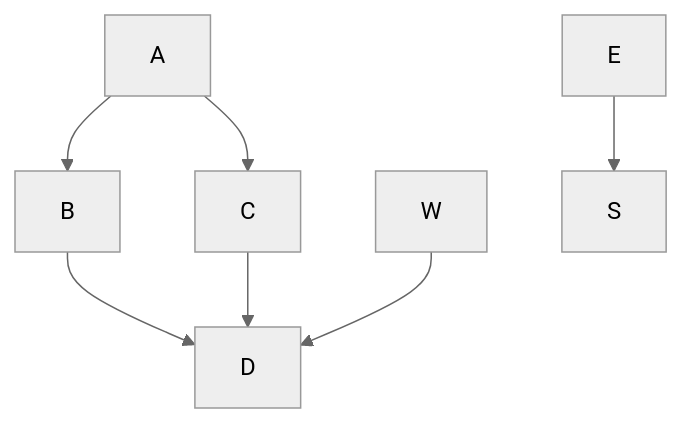
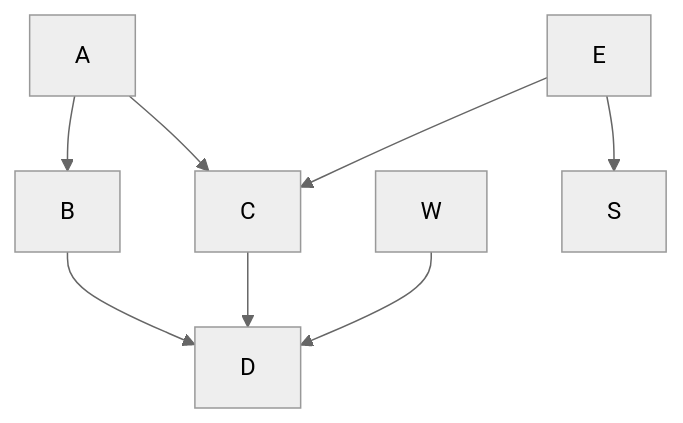
The diagram in README.md (avergnaud/wiki-mermaid), drawn with Mermaid (neutral theme) before and after one commit.

Commit message:
graphe mermaid - exemple

````diff
--- a/README.md
+++ b/README.md
@@ -18,9 +18,10 @@
 ```mermaid
 graph TD;
     A-->B;
     A-->C;
     B-->D;
     C-->D;
     W-->D;
     E-->S;
+    E-->C;
 ```
````
